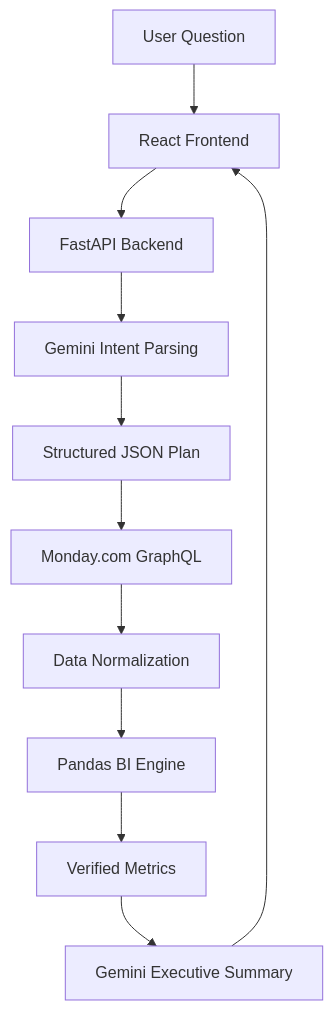
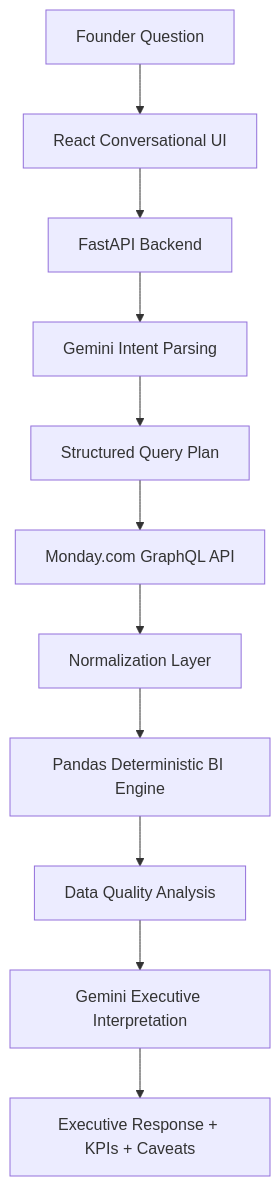
The diagram in README.md (subhashchandra1224/skylark-bi-agent), drawn with Mermaid before and after one commit. The commit also changed other lines of this file and 3 other files, not shown here.

````diff
--- a/README.md
+++ b/README.md
@@ -30,13 +29,13 @@
 ```mermaid
 graph TD
-    A[User Question] --> B[React Frontend]
+    A[Founder Question] --> B[React Conversational UI]
     B --> C[FastAPI Backend]
     C --> D[Gemini Intent Parsing]
-    D --> E[Structured JSON Plan]
-    E --> F[Monday.com GraphQL]
-    F --> G[Data Normalization]
-    G --> H[Pandas BI Engine]
-    H --> I[Verified Metrics]
-    I --> J[Gemini Executive Summary]
-    J --> B
+    D --> E[Structured Query Plan]
+    E --> F[Monday.com GraphQL API]
+    F --> G[Normalization Layer]
+    G --> H[Pandas Deterministic BI Engine]
+    H --> I[Data Quality Analysis]
+    I --> J[Gemini Executive Interpretation]
+    J --> K[Executive Response + KPIs + Caveats]
 ```
````
